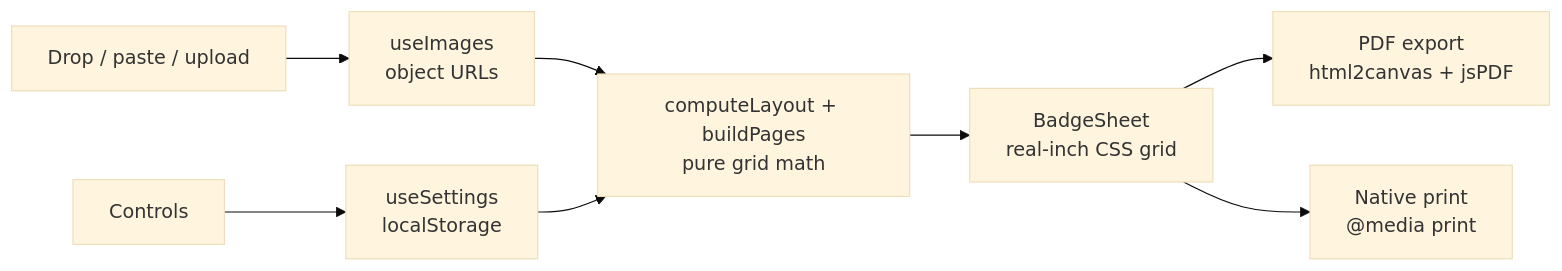
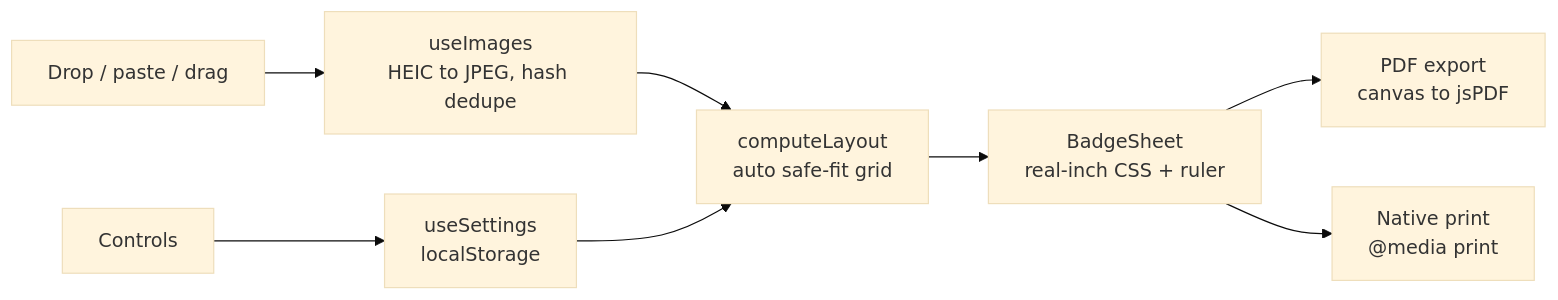
One commit to bunlongheng/badges changed the diagram in README.md. Above: the diagram before and after it, drawn with Mermaid (base theme). The commit also changed other lines of this file and 2 other files, not shown here.

````diff
--- a/README.md
+++ b/README.md
@@ -50,10 +49,10 @@
 ```mermaid
 flowchart LR
-    A[Drop / paste / upload] --> B[useImages<br/>object URLs]
-    B --> C[computeLayout + buildPages<br/>pure grid math]
-    C --> D[BadgeSheet<br/>real-inch CSS grid]
-    D --> E[PDF export<br/>html2canvas + jsPDF]
+    A[Drop / paste / drag] --> B[useImages<br/>HEIC to JPEG, hash dedupe]
+    B --> C[computeLayout<br/>auto safe-fit grid]
+    C --> D[BadgeSheet<br/>real-inch CSS + ruler]
+    D --> E[PDF export<br/>canvas to jsPDF]
     D --> F[Native print<br/>@media print]
     G[Controls] --> H[useSettings<br/>localStorage]
     H --> C
 ```
````
